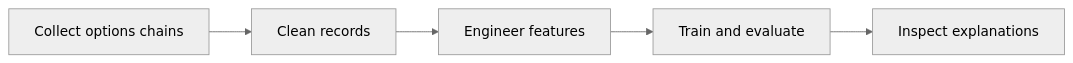
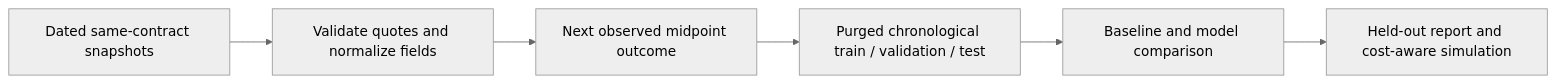
Before and after one commit to FirePuncher081/options-trading-bot: the diagram in README.md, drawn with Mermaid (neutral theme). The commit also changed other lines of this file and 36 other files, not shown here.

Commit message:
Replace row-shift experiments with audited chronological research and simulation

````diff
--- a/README.md
+++ b/README.md
@@ -29,7 +35,8 @@
 ```mermaid
 flowchart LR
-    A[Collect options chains] --> B[Clean records]
-    B --> C[Engineer features]
-    C --> D[Train and evaluate]
-    D --> E[Inspect explanations]
+    A[Dated same-contract snapshots] --> B[Validate quotes and normalize fields]
+    B --> C[Next observed midpoint outcome]
+    C --> D[Purged chronological train / validation / test]
+    D --> E[Baseline and model comparison]
+    E --> F[Held-out report and cost-aware simulation]
 ```
````
